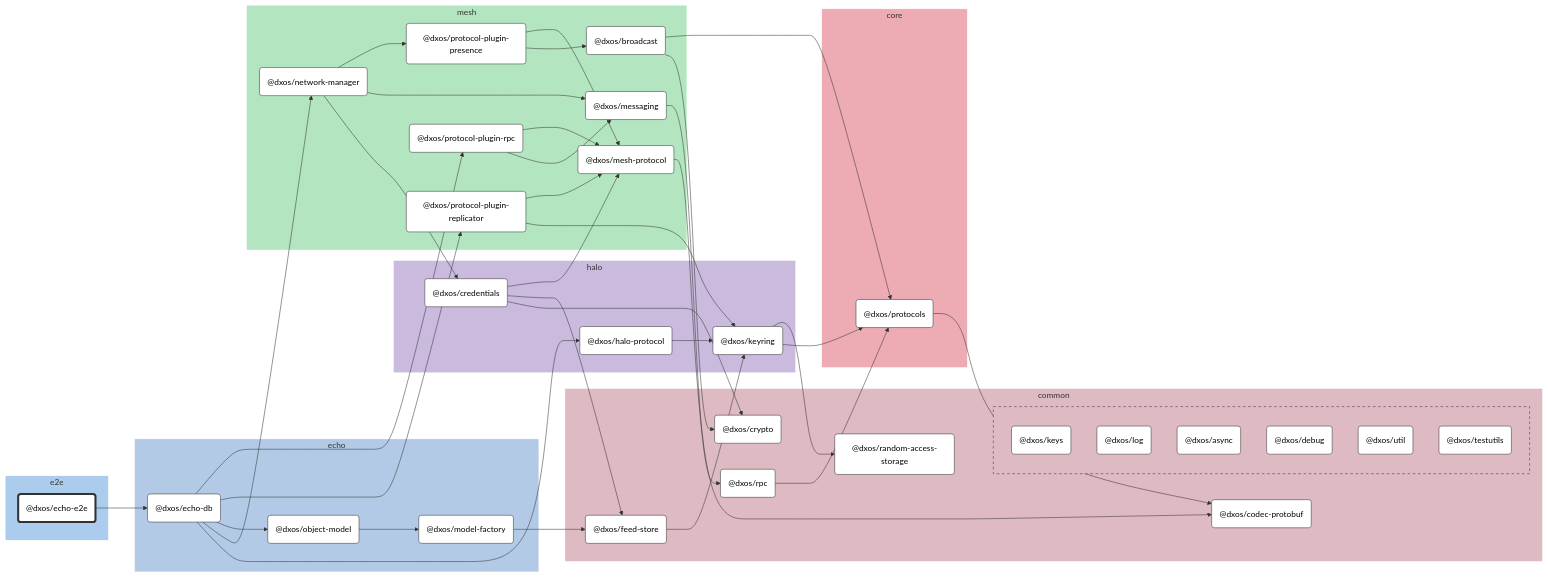
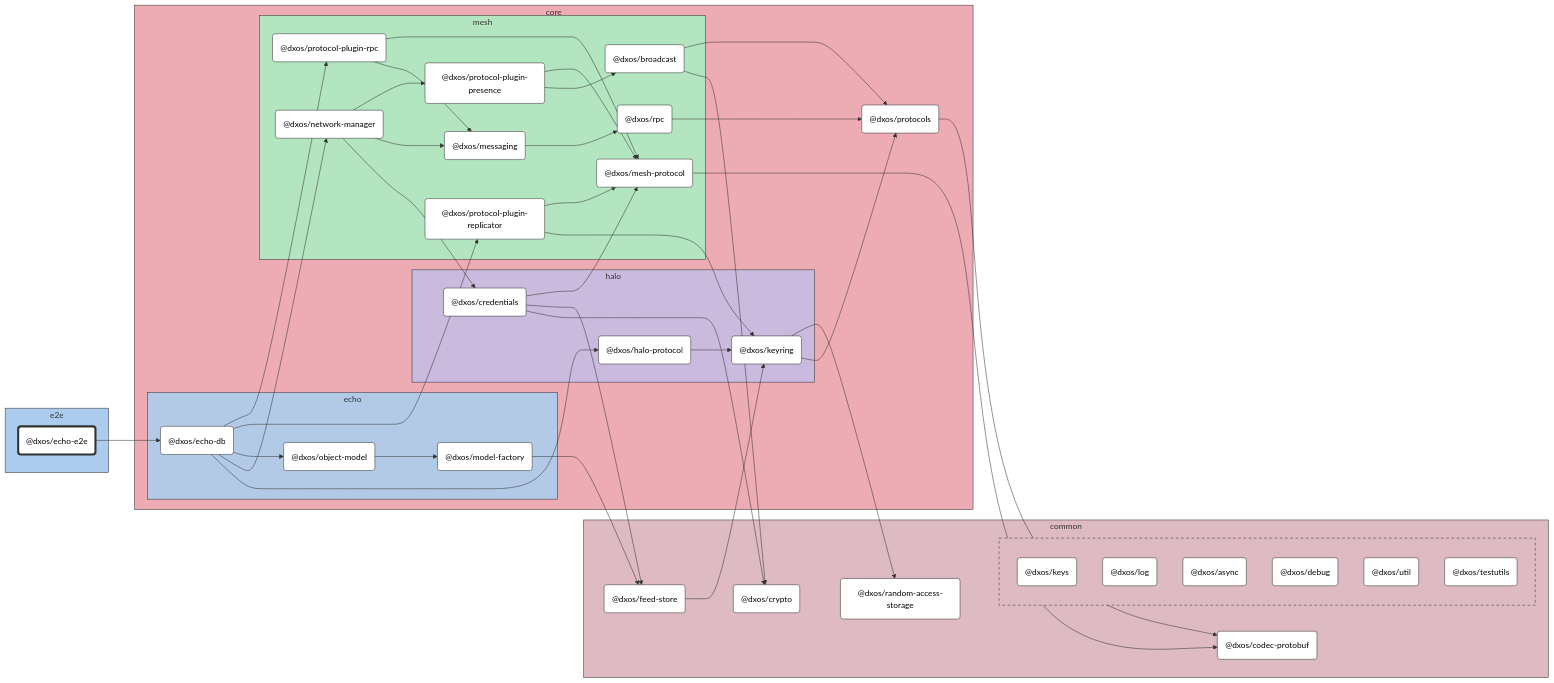
Before and after one commit to dxos/dxos: the diagram in packages/e2e/echo/docs/README.md, drawn with Mermaid (neutral theme). The commit also changed other lines of this file and 89 other files, not shown here.

```diff
--- a/packages/e2e/echo/docs/README.md
+++ b/packages/e2e/echo/docs/README.md
@@ -16,13 +16,13 @@
 %% Nodes
 
 subgraph e2e [e2e]
-  style e2e fill:#abcced,stroke:#fff
+  style e2e fill:#abcced,stroke:#333
   dxos/echo-e2e("@dxos/echo-e2e"):::root
   click dxos/echo-e2e "dxos/dxos/tree/main/packages/e2e/echo/docs"
 end
 
 subgraph common [common]
-  style common fill:#debac2,stroke:#fff
+  style common fill:#debac2,stroke:#333
   dxos/crypto("@dxos/crypto"):::def
   click dxos/crypto "dxos/dxos/tree/main/packages/common/crypto/docs"
   dxos/codec-protobuf("@dxos/codec-protobuf"):::def
@@ -31,11 +31,9 @@
   click dxos/feed-store "dxos/dxos/tree/main/packages/common/feed-store/docs"
   dxos/random-access-storage("@dxos/random-access-storage"):::def
   click dxos/random-access-storage "dxos/dxos/tree/main/packages/common/random-access-storage/docs"
-  dxos/rpc("@dxos/rpc"):::def
-  click dxos/rpc "dxos/dxos/tree/main/packages/core/mesh/rpc/docs"
 
-  subgraph common-excluded [ ]
-    style common-excluded fill:#debac2,stroke:#333,stroke-dasharray:5 5
+  subgraph _ [ ]
+    style _ fill:#debac2,stroke:#333,stroke-dasharray:5 5
     dxos/keys("@dxos/keys"):::def
     click dxos/keys "dxos/dxos/tree/main/packages/common/keys/docs"
     dxos/log("@dxos/log"):::def
@@ -51,48 +49,50 @@
   end
 end
 
-subgraph echo [echo]
-  style echo fill:#b3cae6,stroke:#fff
-  dxos/echo-db("@dxos/echo-db"):::def
-  click dxos/echo-db "dxos/dxos/tree/main/packages/core/echo/echo-db/docs"
-  dxos/model-factory("@dxos/model-factory"):::def
-  click dxos/model-factory "dxos/dxos/tree/main/packages/core/echo/model-factory/docs"
-  dxos/object-model("@dxos/object-model"):::def
-  click dxos/object-model "dxos/dxos/tree/main/packages/core/echo/object-model/docs"
-end
-
-subgraph halo [halo]
-  style halo fill:#cabade,stroke:#fff
-  dxos/credentials("@dxos/credentials"):::def
-  click dxos/credentials "dxos/dxos/tree/main/packages/core/halo/credentials/docs"
-  dxos/keyring("@dxos/keyring"):::def
-  click dxos/keyring "dxos/dxos/tree/main/packages/core/halo/keyring/docs"
-  dxos/halo-protocol("@dxos/halo-protocol"):::def
-  click dxos/halo-protocol "dxos/dxos/tree/main/packages/core/halo/halo-protocol/docs"
-end
-
 subgraph core [core]
-  style core fill:#edabb3,stroke:#fff
+  style core fill:#edabb3,stroke:#333
   dxos/protocols("@dxos/protocols"):::def
   click dxos/protocols "dxos/dxos/tree/main/packages/core/protocols/docs"
-end
 
-subgraph mesh [mesh]
-  style mesh fill:#b3e6c0,stroke:#fff
-  dxos/mesh-protocol("@dxos/mesh-protocol"):::def
-  click dxos/mesh-protocol "dxos/dxos/tree/main/packages/core/mesh/mesh-protocol/docs"
-  dxos/messaging("@dxos/messaging"):::def
-  click dxos/messaging "dxos/dxos/tree/main/packages/core/mesh/messaging/docs"
-  dxos/network-manager("@dxos/network-manager"):::def
-  click dxos/network-manager "dxos/dxos/tree/main/packages/core/mesh/network-manager/docs"
-  dxos/protocol-plugin-presence("@dxos/protocol-plugin-presence"):::def
-  click dxos/protocol-plugin-presence "dxos/dxos/tree/main/packages/core/mesh/protocol-plugin-presence/docs"
-  dxos/broadcast("@dxos/broadcast"):::def
-  click dxos/broadcast "dxos/dxos/tree/main/packages/core/mesh/broadcast/docs"
-  dxos/protocol-plugin-replicator("@dxos/protocol-plugin-replicator"):::def
-  click dxos/protocol-plugin-replicator "dxos/dxos/tree/main/packages/core/mesh/protocol-plugin-replicator/docs"
-  dxos/protocol-plugin-rpc("@dxos/protocol-plugin-rpc"):::def
-  click dxos/protocol-plugin-rpc "dxos/dxos/tree/main/packages/core/mesh/protocol-plugin-rpc/docs"
+  subgraph echo [echo]
+    style echo fill:#b3cae6,stroke:#333
+    dxos/echo-db("@dxos/echo-db"):::def
+    click dxos/echo-db "dxos/dxos/tree/main/packages/core/echo/echo-db/docs"
+    dxos/model-factory("@dxos/model-factory"):::def
+    click dxos/model-factory "dxos/dxos/tree/main/packages/core/echo/model-factory/docs"
+    dxos/object-model("@dxos/object-model"):::def
+    click dxos/object-model "dxos/dxos/tree/main/packages/core/echo/object-model/docs"
+  end
+
+  subgraph halo [halo]
+    style halo fill:#cabade,stroke:#333
+    dxos/credentials("@dxos/credentials"):::def
+    click dxos/credentials "dxos/dxos/tree/main/packages/core/halo/credentials/docs"
+    dxos/keyring("@dxos/keyring"):::def
+    click dxos/keyring "dxos/dxos/tree/main/packages/core/halo/keyring/docs"
+    dxos/halo-protocol("@dxos/halo-protocol"):::def
+    click dxos/halo-protocol "dxos/dxos/tree/main/packages/core/halo/halo-protocol/docs"
+  end
+
+  subgraph mesh [mesh]
+    style mesh fill:#b3e6c0,stroke:#333
+    dxos/mesh-protocol("@dxos/mesh-protocol"):::def
+    click dxos/mesh-protocol "dxos/dxos/tree/main/packages/core/mesh/mesh-protocol/docs"
+    dxos/messaging("@dxos/messaging"):::def
+    click dxos/messaging "dxos/dxos/tree/main/packages/core/mesh/messaging/docs"
+    dxos/rpc("@dxos/rpc"):::def
+    click dxos/rpc "dxos/dxos/tree/main/packages/core/mesh/rpc/docs"
+    dxos/network-manager("@dxos/network-manager"):::def
+    click dxos/network-manager "dxos/dxos/tree/main/packages/core/mesh/network-manager/docs"
+    dxos/protocol-plugin-presence("@dxos/protocol-plugin-presence"):::def
+    click dxos/protocol-plugin-presence "dxos/dxos/tree/main/packages/core/mesh/protocol-plugin-presence/docs"
+    dxos/broadcast("@dxos/broadcast"):::def
+    click dxos/broadcast "dxos/dxos/tree/main/packages/core/mesh/broadcast/docs"
+    dxos/protocol-plugin-replicator("@dxos/protocol-plugin-replicator"):::def
+    click dxos/protocol-plugin-replicator "dxos/dxos/tree/main/packages/core/mesh/protocol-plugin-replicator/docs"
+    dxos/protocol-plugin-rpc("@dxos/protocol-plugin-rpc"):::def
+    click dxos/protocol-plugin-rpc "dxos/dxos/tree/main/packages/core/mesh/protocol-plugin-rpc/docs"
+  end
 end
 
 %% Links
```
